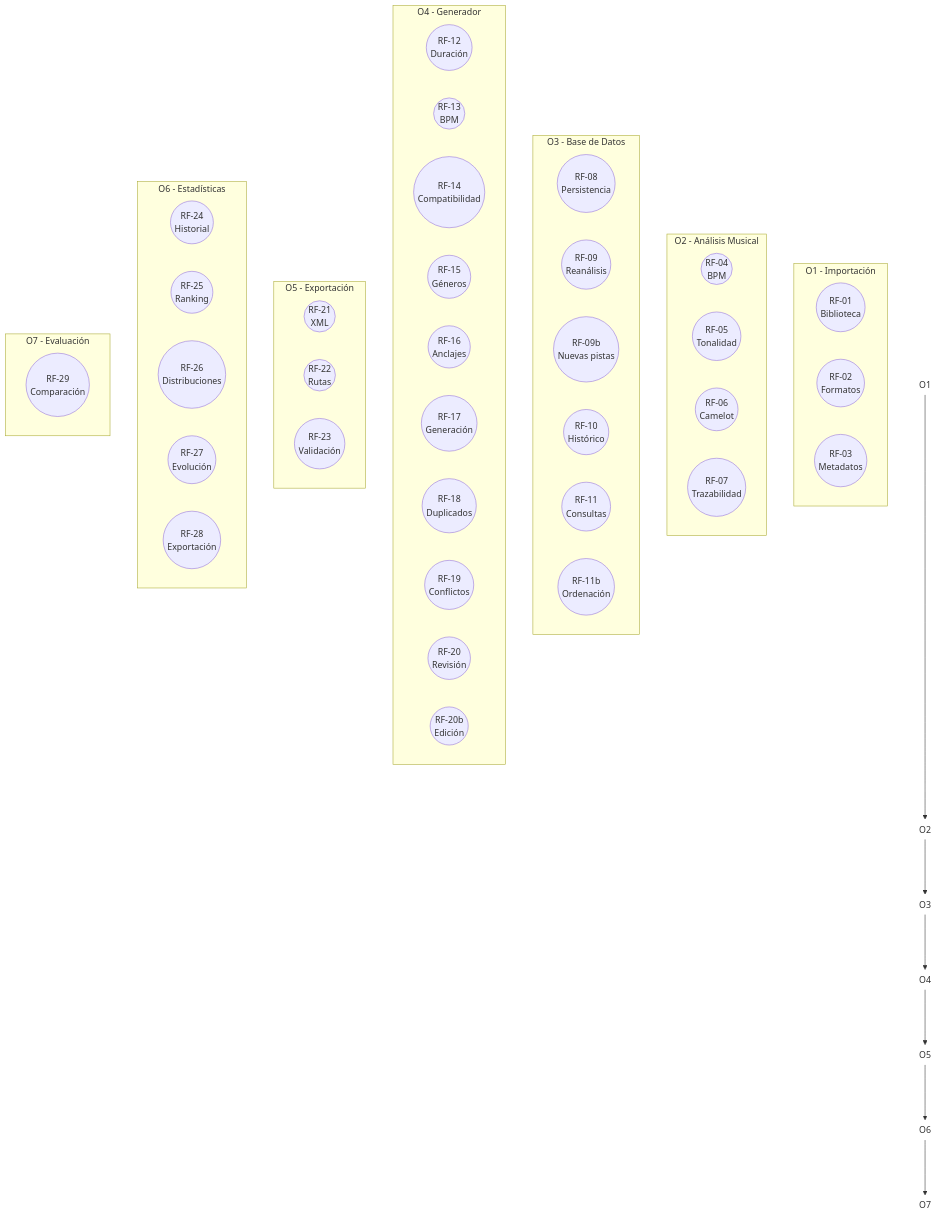
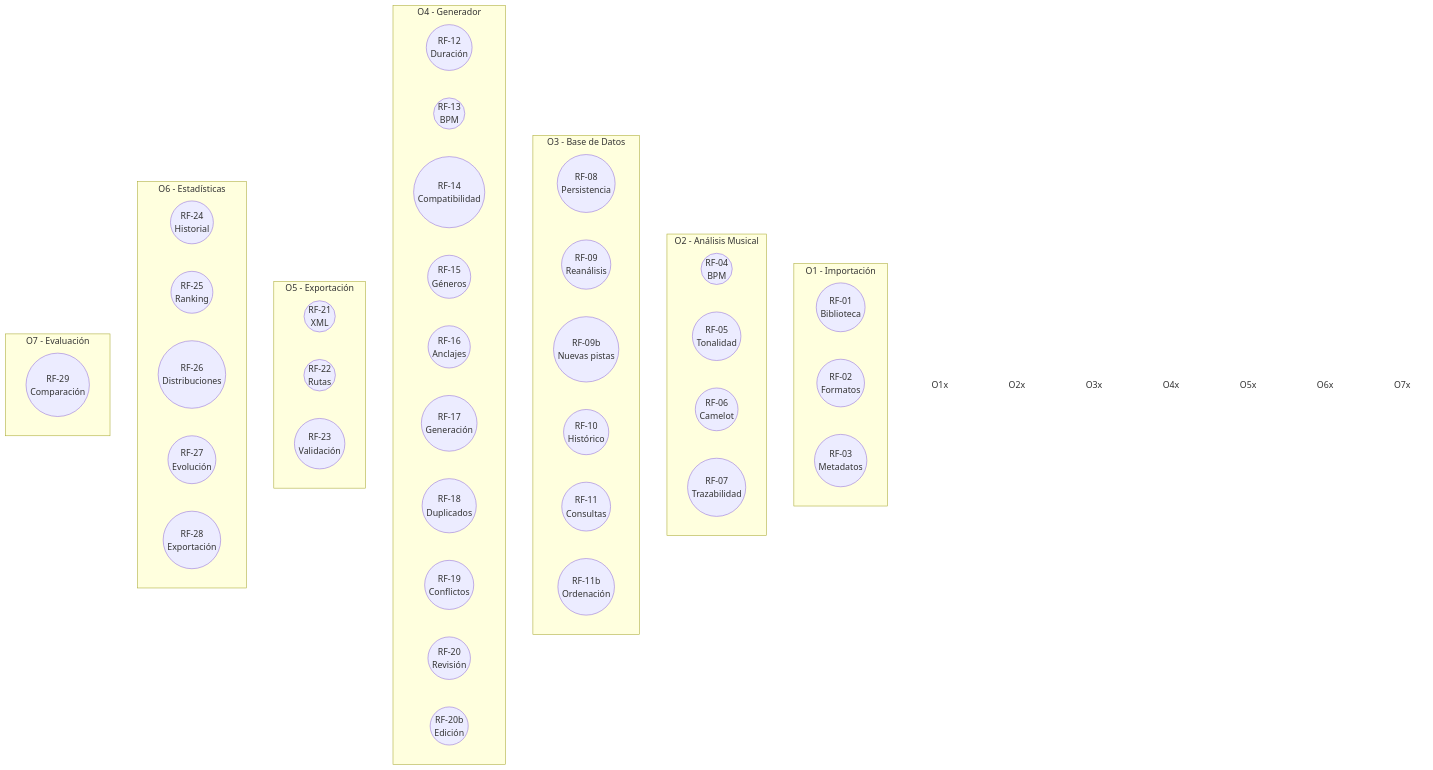
Before and after one commit to pabloo806/Trabajo-de-Fin-de-Grado: the second of 4 diagrams in docs/requirements/requirements.md, drawn with Mermaid.

Commit message:
Delete flowchart from functional requirements section
Removed functional requirements flowchart from documentation.

````diff
--- a/docs/requirements/requirements.md
+++ b/docs/requirements/requirements.md
@@ -145,81 +145,70 @@
 ```mermaid
 flowchart TB
-
-    O1x((O1))
-    O2x((O2))
-    O3x((O3))
-    O4x((O4))
-    O5x((O5))
-    O6x((O6))
-    O7x((O7))
-
-    O1x ---> O2x ---> O3x ---> O4x ---> O5x ---> O6x ---> O7x
-
     style O1x fill:transparent,stroke:transparent
     style O2x fill:transparent,stroke:transparent
     style O3x fill:transparent,stroke:transparent
     style O4x fill:transparent,stroke:transparent
     style O5x fill:transparent,stroke:transparent
     style O6x fill:transparent,stroke:transparent
     style O7x fill:transparent,stroke:transparent
 
     subgraph O1["O1 - Importación"]
         direction LR
         RF01(("RF-01<br/>Biblioteca"))
         RF02(("RF-02<br/>Formatos"))
         RF03(("RF-03<br/>Metadatos"))
     end
 
     subgraph O2["O2 - Análisis Musical"]
         direction LR
         RF04(("RF-04<br/>BPM"))
         RF05(("RF-05<br/>Tonalidad"))
         RF06(("RF-06<br/>Camelot"))
         RF07(("RF-07<br/>Trazabilidad"))
     end
 
     subgraph O3["O3 - Base de Datos"]
         direction LR
         RF08(("RF-08<br/>Persistencia"))
         RF09(("RF-09<br/>Reanálisis"))
         RF09B(("RF-09b<br/>Nuevas pistas"))
         RF10(("RF-10<br/>Histórico"))
         RF11(("RF-11<br/>Consultas"))
         RF11B(("RF-11b<br/>Ordenación"))
     end
 
     subgraph O4["O4 - Generador"]
         direction LR
         RF12(("RF-12<br/>Duración"))
         RF13(("RF-13<br/>BPM"))
         RF14(("RF-14<br/>Compatibilidad"))
         RF15(("RF-15<br/>Géneros"))
         RF16(("RF-16<br/>Anclajes"))
         RF17(("RF-17<br/>Generación"))
         RF18(("RF-18<br/>Duplicados"))
         RF19(("RF-19<br/>Conflictos"))
         RF20(("RF-20<br/>Revisión"))
         RF20B(("RF-20b<br/>Edición"))
     end
 
     subgraph O5["O5 - Exportación"]
         direction LR
         RF21(("RF-21<br/>XML"))
         RF22(("RF-22<br/>Rutas"))
         RF23(("RF-23<br/>Validación"))
     end
 
     subgraph O6["O6 - Estadísticas"]
         direction LR
         RF24(("RF-24<br/>Historial"))
         RF25(("RF-25<br/>Ranking"))
         RF26(("RF-26<br/>Distribuciones"))
         RF27(("RF-27<br/>Evolución"))
         RF28(("RF-28<br/>Exportación"))
     end
 
     subgraph O7["O7 - Evaluación"]
         direction LR
         RF29(("RF-29<br/>Comparación"))
     end
 ```
````
